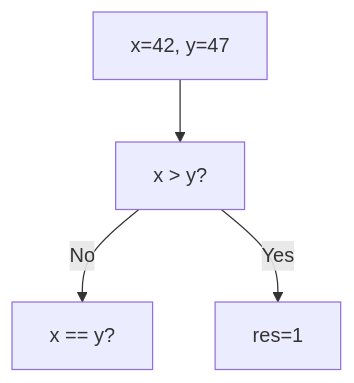
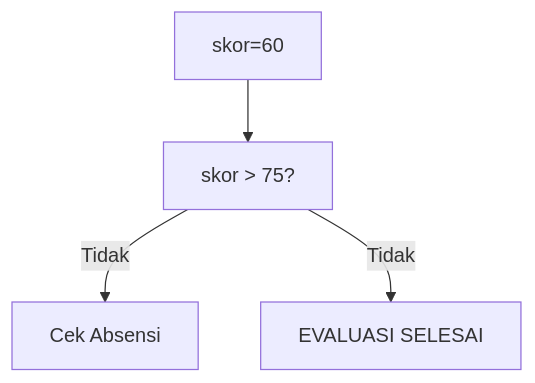
One commit to amnahwaida/OSNK_INF_PREP changed diagram 16 of 25 in part-c-pemahaman-cpp/02-percabangan/latihan/set-02.md. Above: the diagram before and after it, drawn with Mermaid. The commit also changed other lines of this file and 71 other files, not shown here.

````diff
--- a/part-c-pemahaman-cpp/02-percabangan/latihan/set-02.md
+++ b/part-c-pemahaman-cpp/02-percabangan/latihan/set-02.md
@@ -451,6 +467,6 @@
 ```mermaid
 graph TD
-A["x=42, y=47"] --> B["x > y?"]
-B -- No --> C["x == y?"]
-B -- Yes --> D[res=1]
+A["skor=60"] --> B["skor > 75?"]
+B -- Tidak --> C["Cek Absensi"]
+B -- Tidak --> D["EVALUASI SELESAI"]
 ```
````
